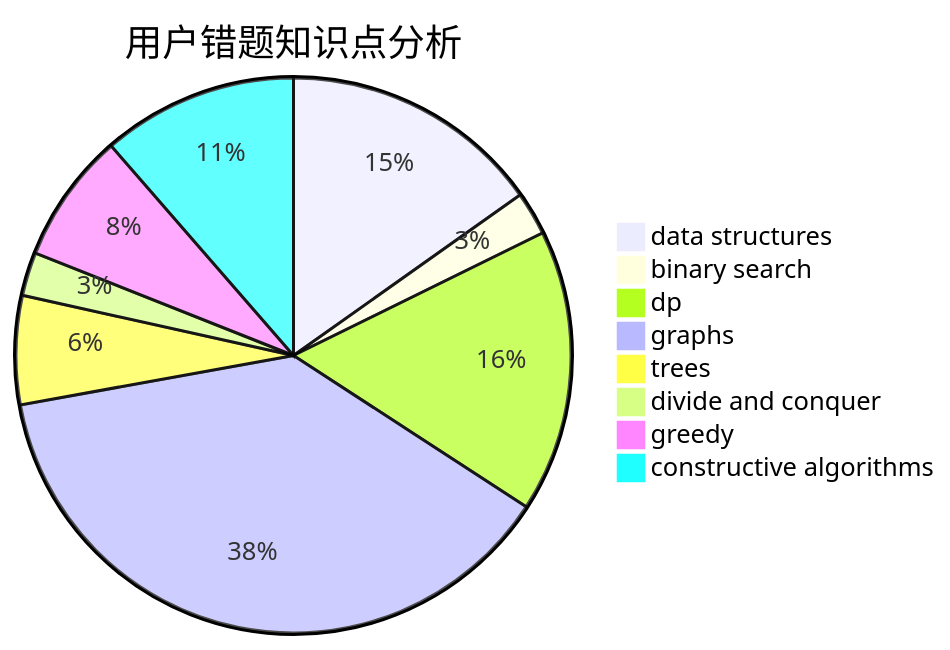
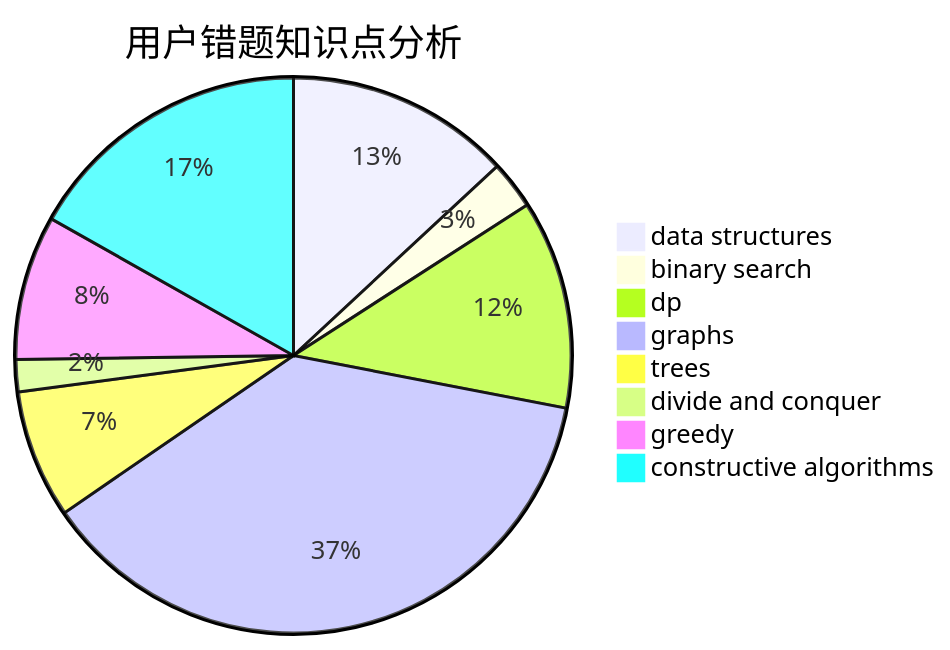
The third of 3 diagrams in docs/user/u908.md (sherpahu/cfrs.github.io), drawn with Mermaid before and after one commit. The commit also changed other lines of this file and 2770 other files, not shown here.

````diff
--- a/docs/user/u908.md
+++ b/docs/user/u908.md
@@ -36,11 +36,11 @@
 ```mermaid
 pie title 用户错题知识点分析
-    "data structures" :  12
-    "binary search" :  2
+    "data structures" :  14
+    "binary search" :  3
     "dp" :  13
-    "graphs" :  30
-    "trees" :  5
+    "graphs" :  40
+    "trees" :  8
     "divide and conquer" :  2
-    "greedy" :  6
-    "constructive algorithms" :  9
+    "greedy" :  9
+    "constructive algorithms" :  18
 ```
````
